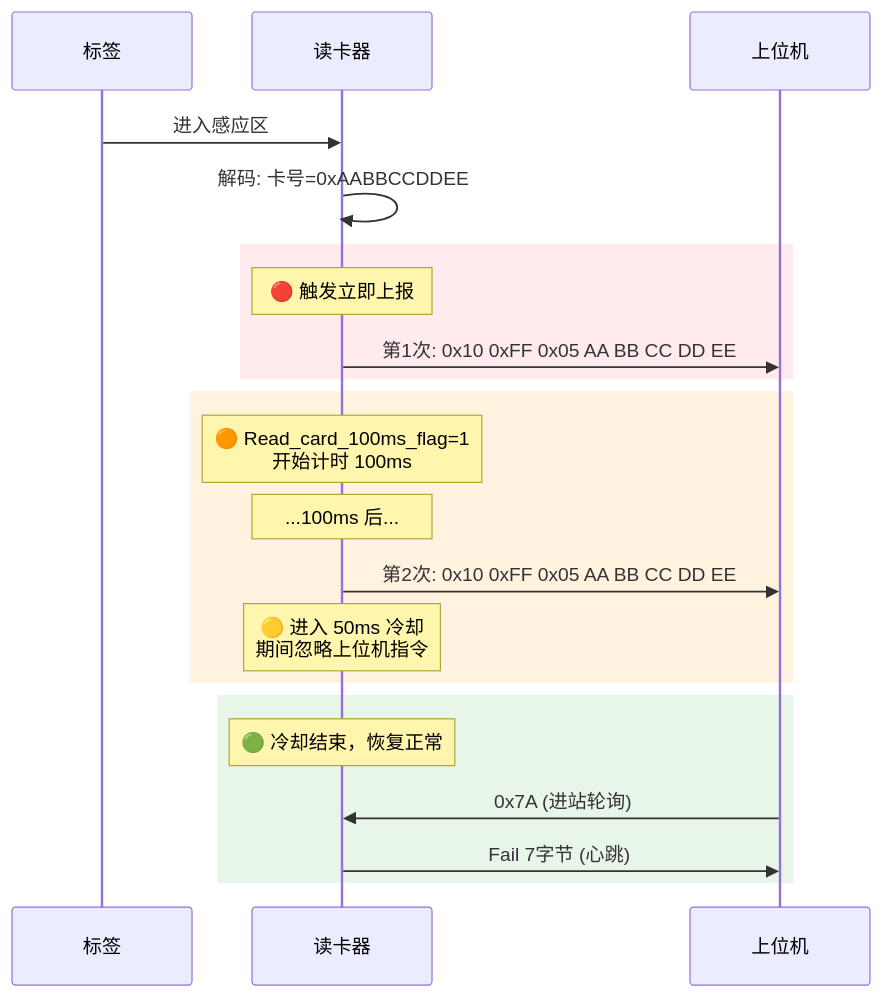
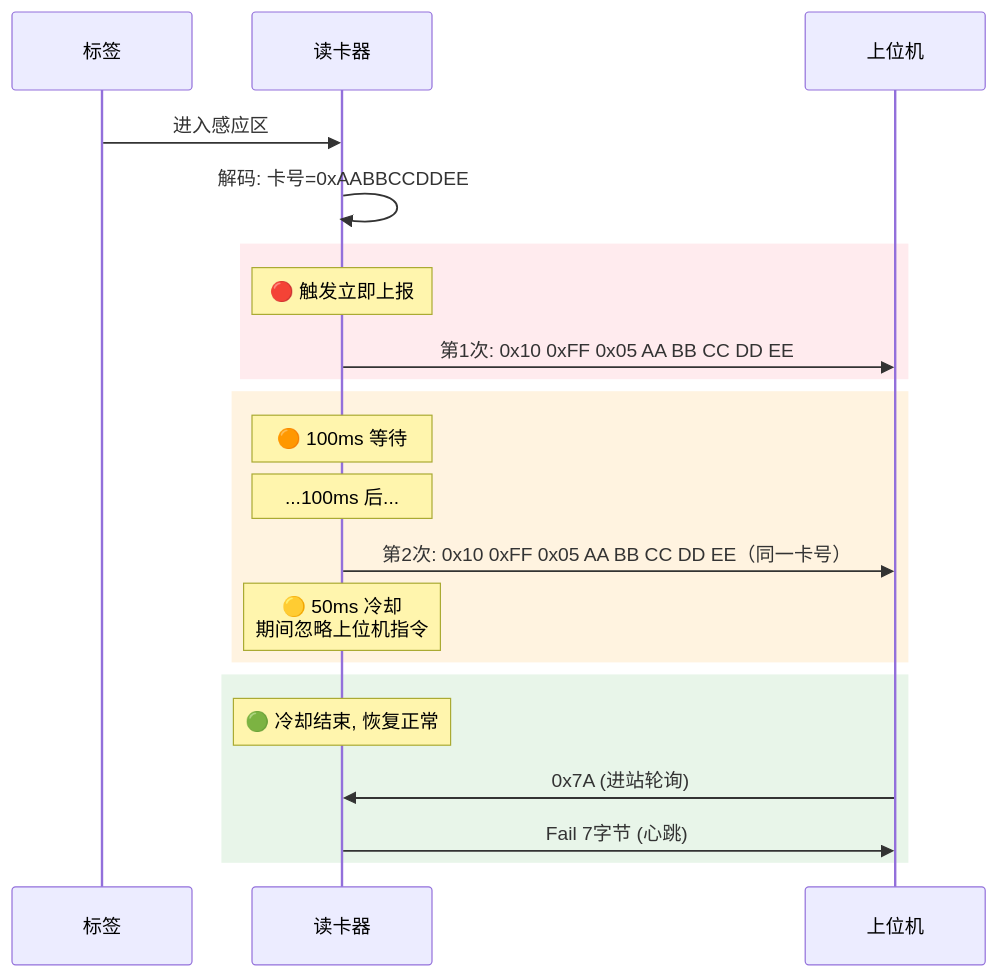
The fourth of 16 diagrams in 工作/SR3读卡器/260802SR3读卡器需求.md (Siaiai/ObsidianNote), drawn with Mermaid before and after one commit. The commit also changed other lines of this file and 3 other files, not shown here.

````diff
--- a/工作/SR3读卡器/260802SR3读卡器需求.md
+++ b/工作/SR3读卡器/260802SR3读卡器需求.md
@@ -130,27 +171,27 @@
 ```mermaid
 sequenceDiagram
     participant 标签
     participant 读卡器
     participant 上位机
 
     标签->>读卡器: 进入感应区
     读卡器->>读卡器: 解码: 卡号=0xAABBCCDDEE
 
     rect rgb(255, 235, 238)
         Note over 读卡器: 🔴 触发立即上报
         读卡器->>上位机: 第1次: 0x10 0xFF 0x05 AA BB CC DD EE
     end
 
     rect rgb(255, 243, 224)
-        Note over 读卡器: 🟠 Read_card_100ms_flag=1<br/>开始计时 100ms
+        Note over 读卡器: 🟠 100ms 等待
         Note over 读卡器: ...100ms 后...
-        读卡器->>上位机: 第2次: 0x10 0xFF 0x05 AA BB CC DD EE
-        Note over 读卡器: 🟡 进入 50ms 冷却<br/>期间忽略上位机指令
+        读卡器->>上位机: 第2次: 0x10 0xFF 0x05 AA BB CC DD EE（同一卡号）
+        Note over 读卡器: 🟡 50ms 冷却<br/>期间忽略上位机指令
     end
 
     rect rgb(232, 245, 233)
-        Note over 读卡器: 🟢 冷却结束，恢复正常
+        Note over 读卡器: 🟢 冷却结束, 恢复正常
         上位机->>读卡器: 0x7A (进站轮询)
         读卡器->>上位机: Fail 7字节 (心跳)
     end
 ```
````
